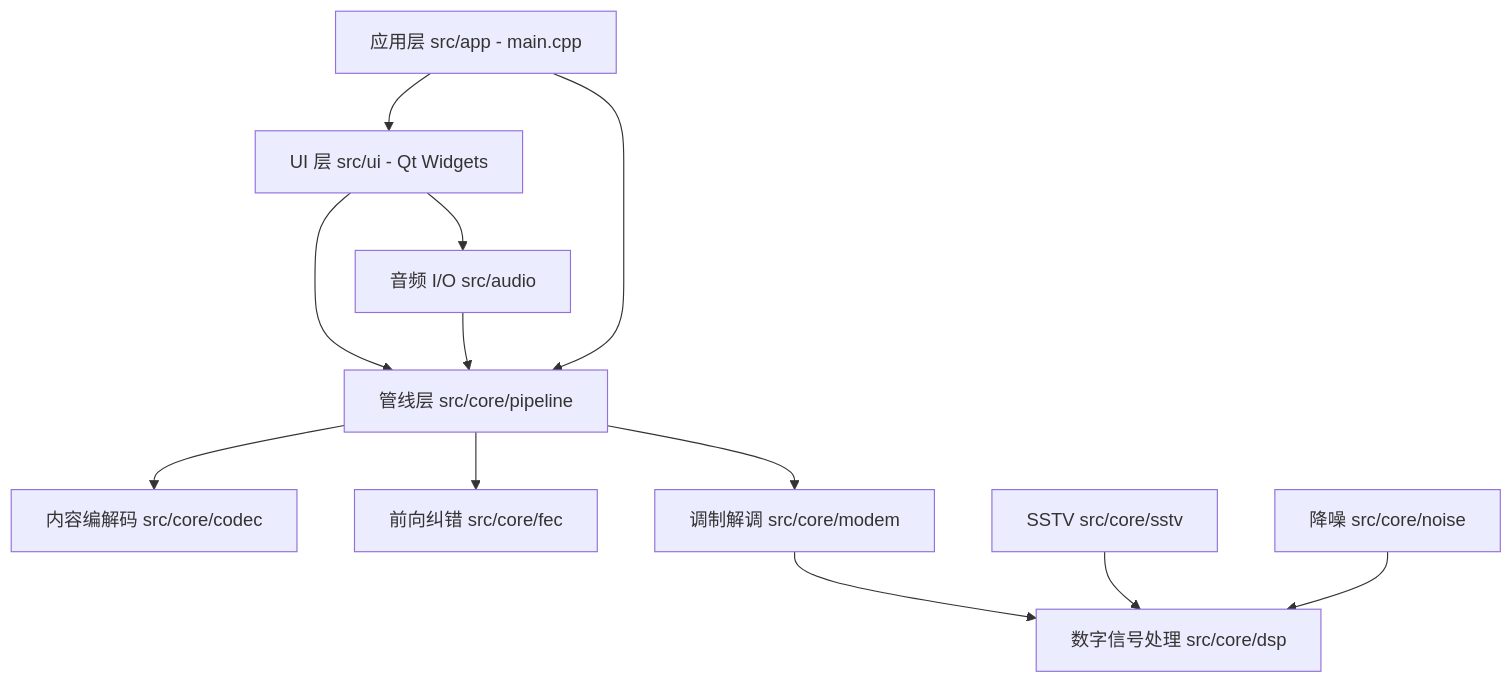
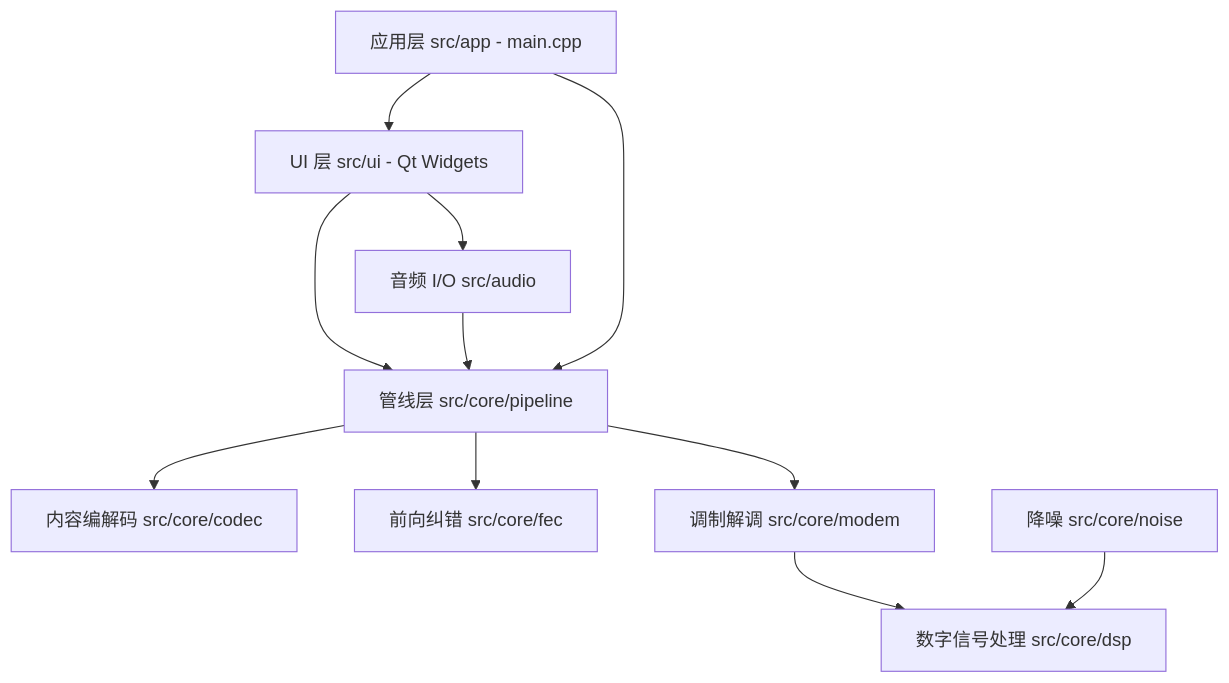
One commit to moruacat/audioT changed the diagram in docs/architecture.md. Above: the diagram before and after it, drawn with Mermaid. The commit also changed other lines of this file and 20 other files, not shown here.

````diff
--- a/docs/architecture.md
+++ b/docs/architecture.md
@@ -9,25 +9,23 @@
 ```mermaid
 graph TB
     UI[UI 层 src/ui - Qt Widgets]
     APP[应用层 src/app - main.cpp]
     PIPE[管线层 src/core/pipeline]
     CODEC[内容编解码 src/core/codec]
     FEC[前向纠错 src/core/fec]
     MODEM[调制解调 src/core/modem]
-    SSTV[SSTV src/core/sstv]
     DSP[数字信号处理 src/core/dsp]
     NOISE[降噪 src/core/noise]
     AUDIO[音频 I/O src/audio]
 
     UI --> PIPE
     UI --> AUDIO
     APP --> UI
     APP --> PIPE
     PIPE --> CODEC
     PIPE --> FEC
     PIPE --> MODEM
     MODEM --> DSP
-    SSTV --> DSP
     NOISE --> DSP
     AUDIO --> PIPE
 ```
````
